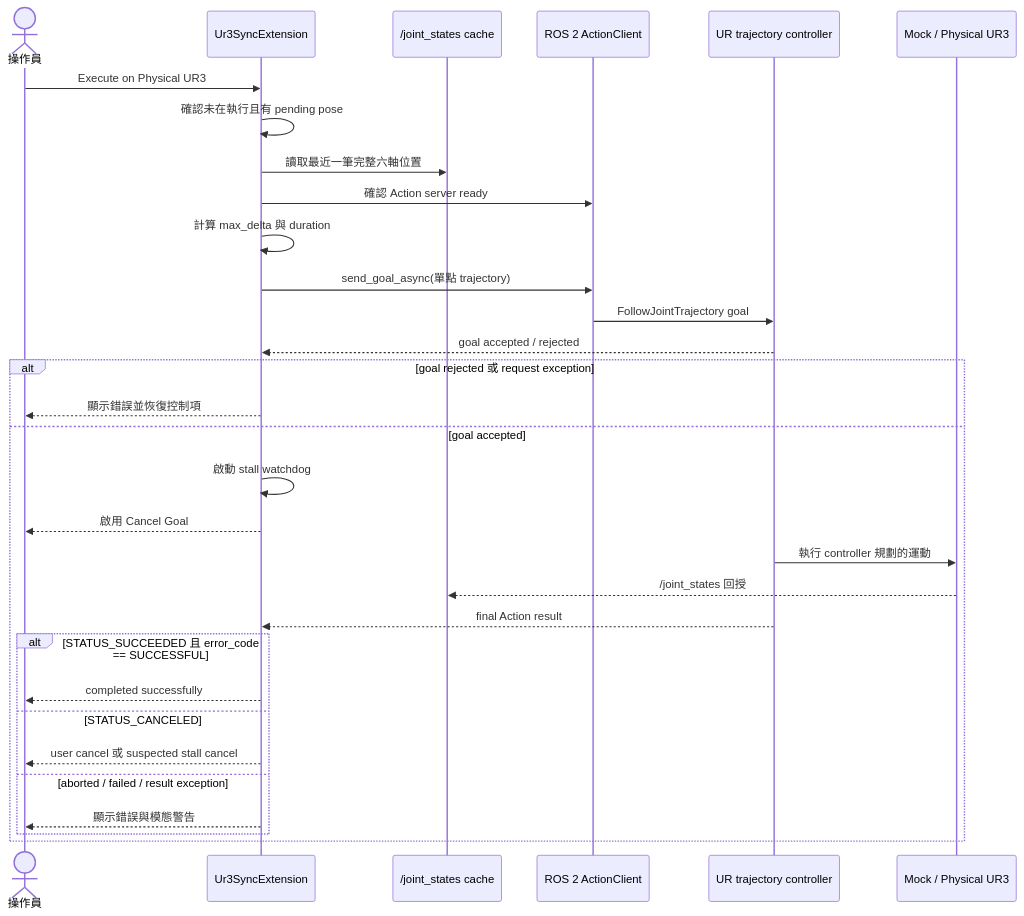
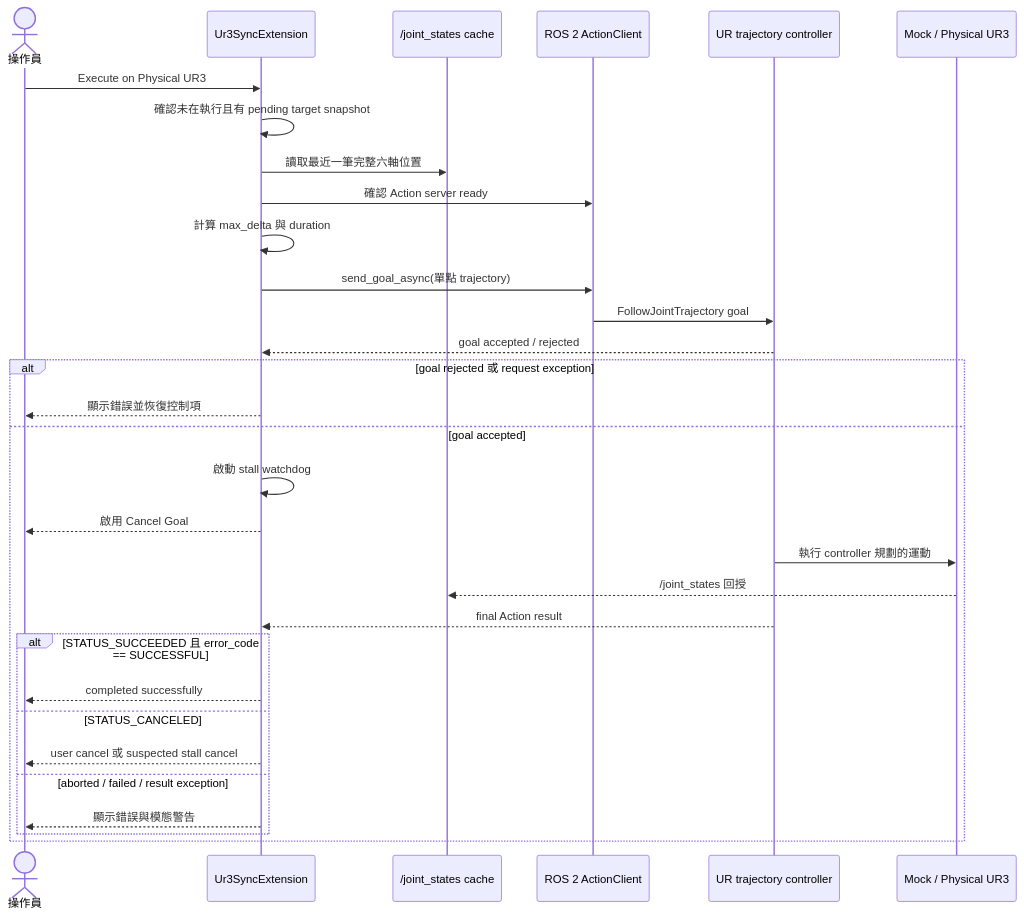
Before and after one commit to WeiChanHo/omni-isaac-ur3-sync: the fourth of 5 diagrams in README.md, drawn with Mermaid. The commit also changed other lines of this file and 4 other files, not shown here.

````diff
--- a/README.md
+++ b/README.md
@@ -189,36 +217,36 @@
 ```mermaid
 sequenceDiagram
     actor User as 操作員
     participant Ext as Ur3SyncExtension
     participant Cache as /joint_states cache
     participant AC as ROS 2 ActionClient
     participant Ctrl as UR trajectory controller
     participant Robot as Mock / Physical UR3
 
     User->>Ext: Execute on Physical UR3
-    Ext->>Ext: 確認未在執行且有 pending pose
+    Ext->>Ext: 確認未在執行且有 pending target snapshot
     Ext->>Cache: 讀取最近一筆完整六軸位置
     Ext->>AC: 確認 Action server ready
     Ext->>Ext: 計算 max_delta 與 duration
     Ext->>AC: send_goal_async(單點 trajectory)
     AC->>Ctrl: FollowJointTrajectory goal
     Ctrl-->>Ext: goal accepted / rejected
 
     alt goal rejected 或 request exception
         Ext-->>User: 顯示錯誤並恢復控制項
     else goal accepted
         Ext->>Ext: 啟動 stall watchdog
         Ext-->>User: 啟用 Cancel Goal
         Ctrl->>Robot: 執行 controller 規劃的運動
         Robot-->>Cache: /joint_states 回授
         Ctrl-->>Ext: final Action result
 
         alt STATUS_SUCCEEDED 且 error_code == SUCCESSFUL
             Ext-->>User: completed successfully
         else STATUS_CANCELED
             Ext-->>User: user cancel 或 suspected stall cancel
         else aborted / failed / result exception
             Ext-->>User: 顯示錯誤與模態警告
         end
     end
 ```
````
